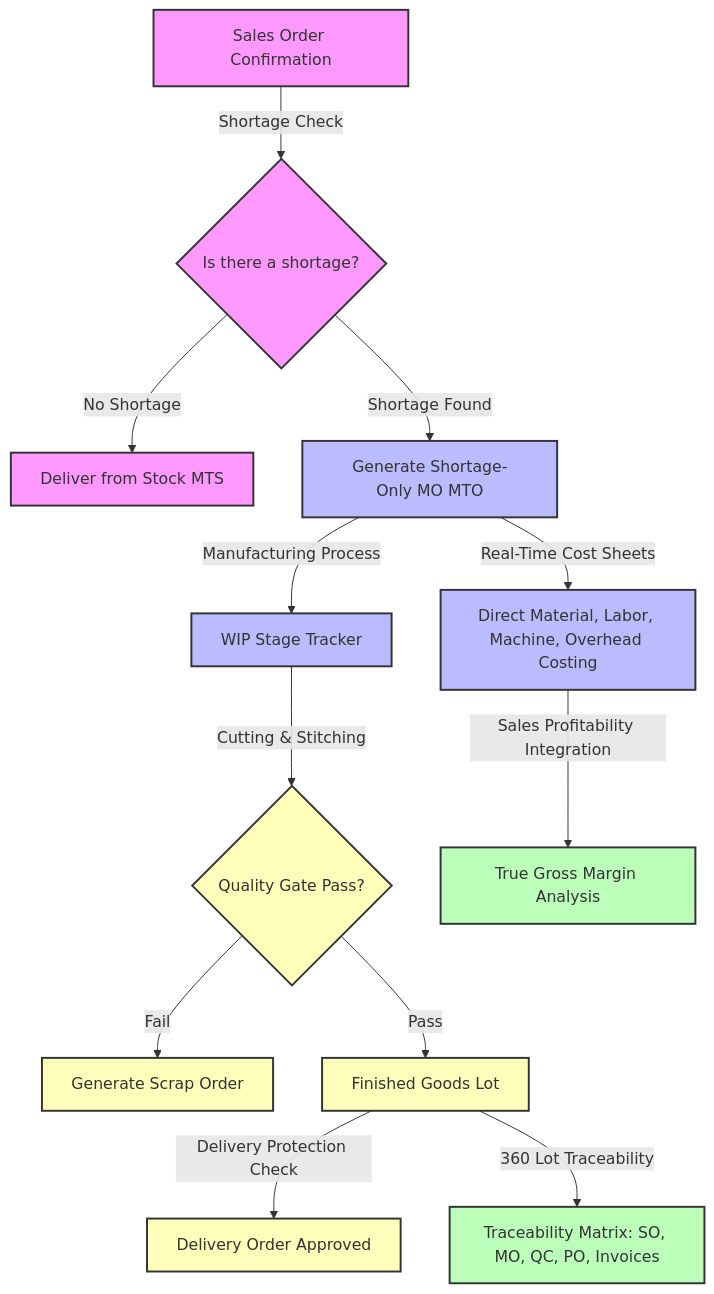
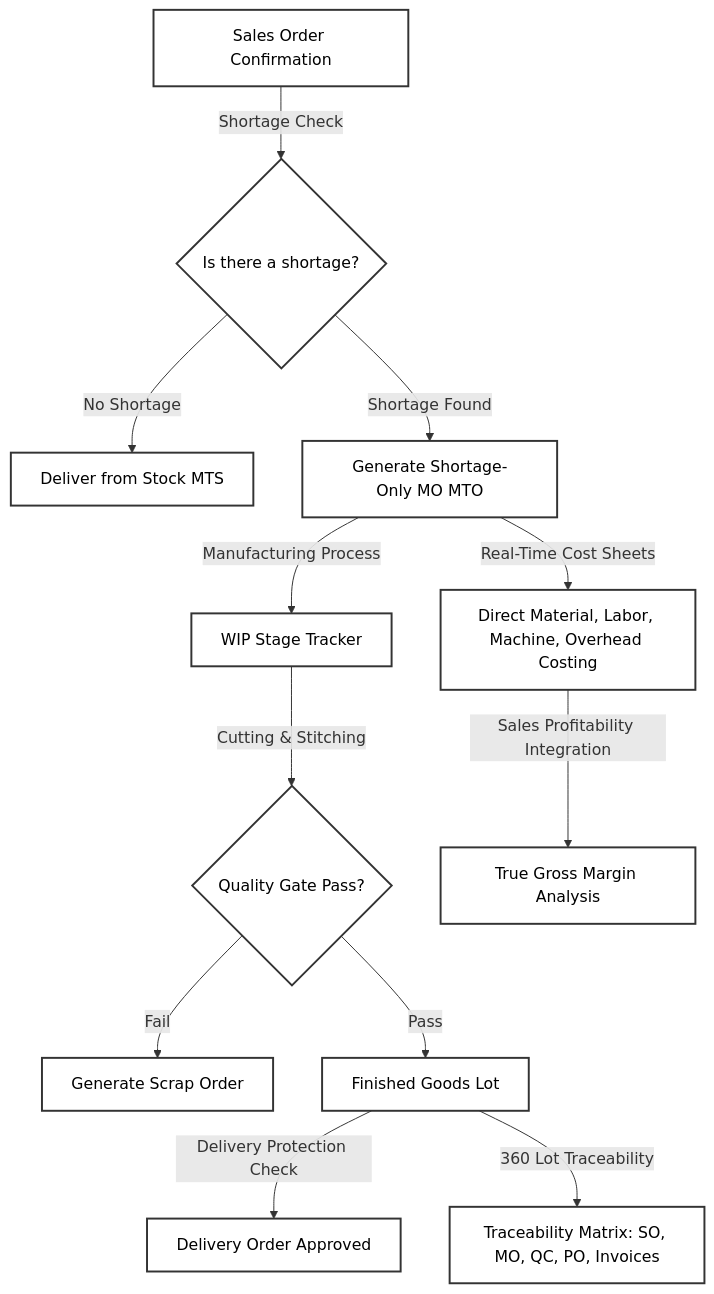
The diagram in README.md (mohammedjishad/textile-erp-odoo18), drawn with Mermaid before and after one commit.

Commit message:
changes in readme

````diff
--- a/README.md
+++ b/README.md
@@ -17,28 +17,28 @@
 ```mermaid
 graph TD
-    classDef sales fill:#f9f,stroke:#333,stroke-width:2px;
-    classDef mrp fill:#bbf,stroke:#333,stroke-width:2px;
-    classDef qc fill:#ffb,stroke:#333,stroke-width:2px;
-    classDef acc fill:#bfb,stroke:#333,stroke-width:2px;
+    classDef sales fill:#fff,stroke:#333,stroke-width:2px,color:#000;
+    classDef mrp fill:#fff,stroke:#333,stroke-width:2px,color:#000;
+    classDef qc fill:#fff,stroke:#333,stroke-width:2px,color:#000;
+    classDef acc fill:#fff,stroke:#333,stroke-width:2px,color:#000;
 
     SO[Sales Order Confirmation] --> |Shortage Check| SC{Is there a shortage?}
     SC --> |No Shortage| MTS[Deliver from Stock MTS]
     SC --> |Shortage Found| MO[Generate Shortage-Only MO MTO]
     
     MO --> |Manufacturing Process| WIP[WIP Stage Tracker]
     WIP --> |Cutting & Stitching| QC_Gate{Quality Gate Pass?}
     
     QC_Gate --> |Fail| Scrap[Generate Scrap Order]
     QC_Gate --> |Pass| FG[Finished Goods Lot]
     
     FG --> |Delivery Protection Check| DO[Delivery Order Approved]
     FG --> |360 Lot Traceability| Trace[Traceability Matrix: SO, MO, QC, PO, Invoices]
     
     MO --> |Real-Time Cost Sheets| Cost[Direct Material, Labor, Machine, Overhead Costing]
     Cost --> |Sales Profitability Integration| Margin[True Gross Margin Analysis]
 
     class SO,SC,MTS sales;
     class MO,WIP,Cost mrp;
     class QC_Gate,Scrap,FG,DO qc;
     class Trace,Margin acc;
 ```
````
